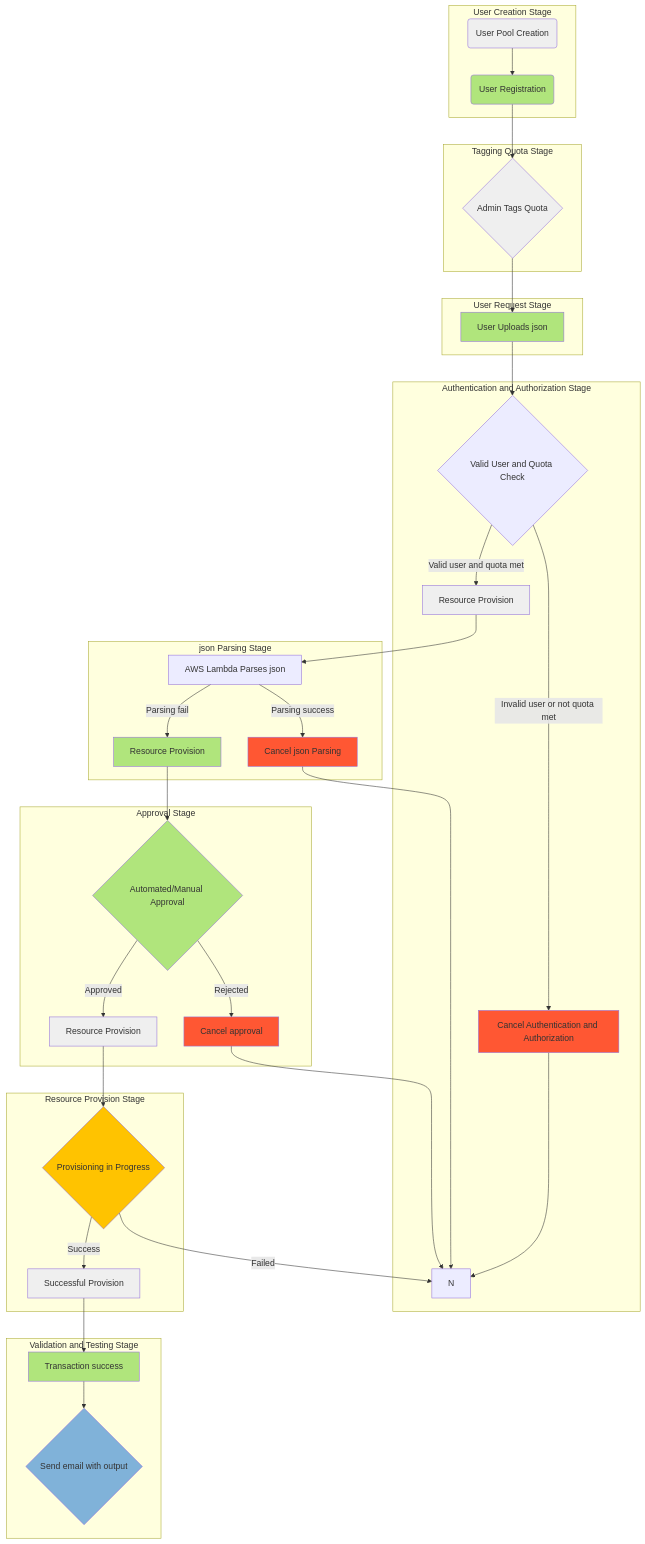
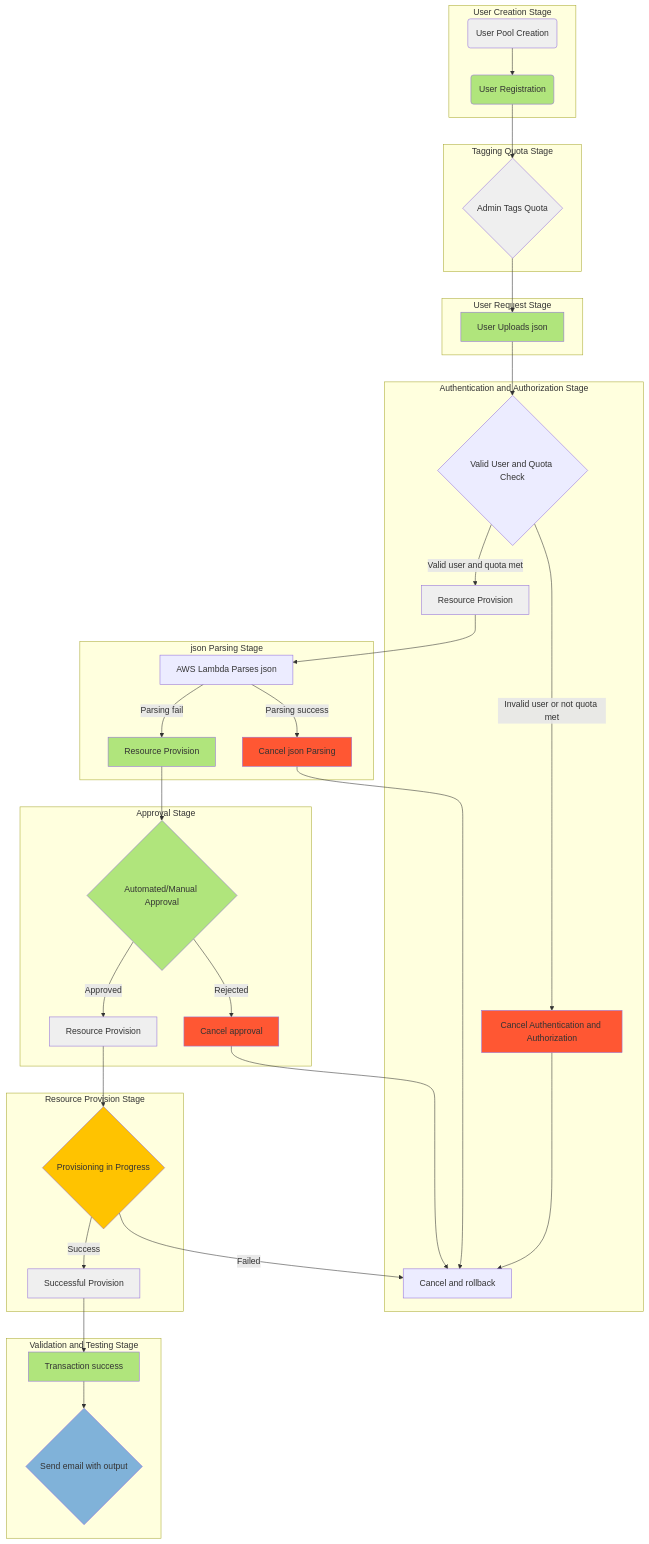
One commit to DanielChuDC/exhilarating-auto-provision changed the diagram in README.md. Above: the diagram before and after it, drawn with Mermaid.

````diff
--- a/README.md
+++ b/README.md
@@ -94,69 +94,69 @@
 ```mermaid
 graph TD;
     subgraph User Creation Stage
         A(User Pool Creation) --> B(User Registration);
     end;
 
     subgraph Tagging Quota Stage
         B --> C{Admin Tags Quota};
     end;
 
     subgraph User Request Stage
         C --> D[User Uploads json];
     end;
 
     subgraph Authentication and Authorization Stage
         D --> O{Valid User and Quota Check};
         O --> |Valid user and quota met| E[Resource Provision];
         O --> |Invalid user or not quota met| I1[Cancel Authentication and Authorization];
         I1---> N
     end;
 
     subgraph json Parsing Stage
         E --> P[AWS Lambda Parses json];
         P --> |Parsing fail| F[Resource Provision];
         P --> |Parsing success| I2[Cancel json Parsing ];
-        I2--> N
+        I2--> N[Cancel and rollback]
     end;
 
     subgraph Approval Stage
         F --> G{Automated/Manual Approval};
         G --> |Approved| H[Resource Provision];
         G --> |Rejected| I3[Cancel approval ];
-        I3--> N
+        I3--> N[Cancel and rollback]
     end;
 
     subgraph Resource Provision Stage
         H --> J{Provisioning in Progress};
         J --> |Success| K[Successful Provision];
-        J --> |Failed| N
+        J --> |Failed| N[Cancel and rollback]
     end;
 
 
 
     subgraph Validation and Testing Stage
         K --> L[Transaction success];
         L --> M{Send email with output};
         
     end;
 
     style A fill:#EFEFEF;
     style C fill:#EFEFEF;
     style E fill:#EFEFEF;
     style H fill:#EFEFEF;
     style K fill:#EFEFEF;
 
     style B fill:#B0E57C;
     style D fill:#B0E57C;
     style F fill:#B0E57C;
     style G fill:#B0E57C;
     style I1 fill:#FF5733;
     style I2 fill:#FF5733;
     style I3 fill:#FF5733;
     style J fill:#FFC300;
     style L fill:#B0E57C;
     style M fill:#80B2D9;
     style N fill
 
 
 ```
````
